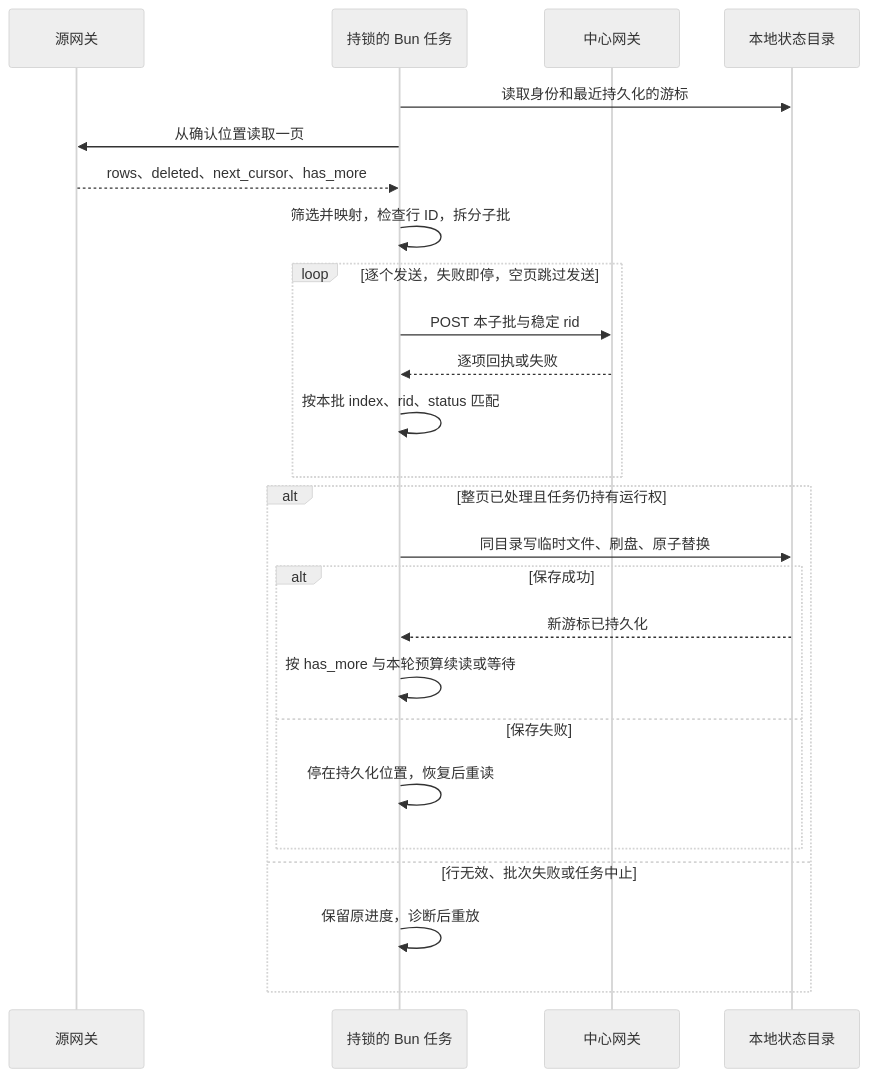
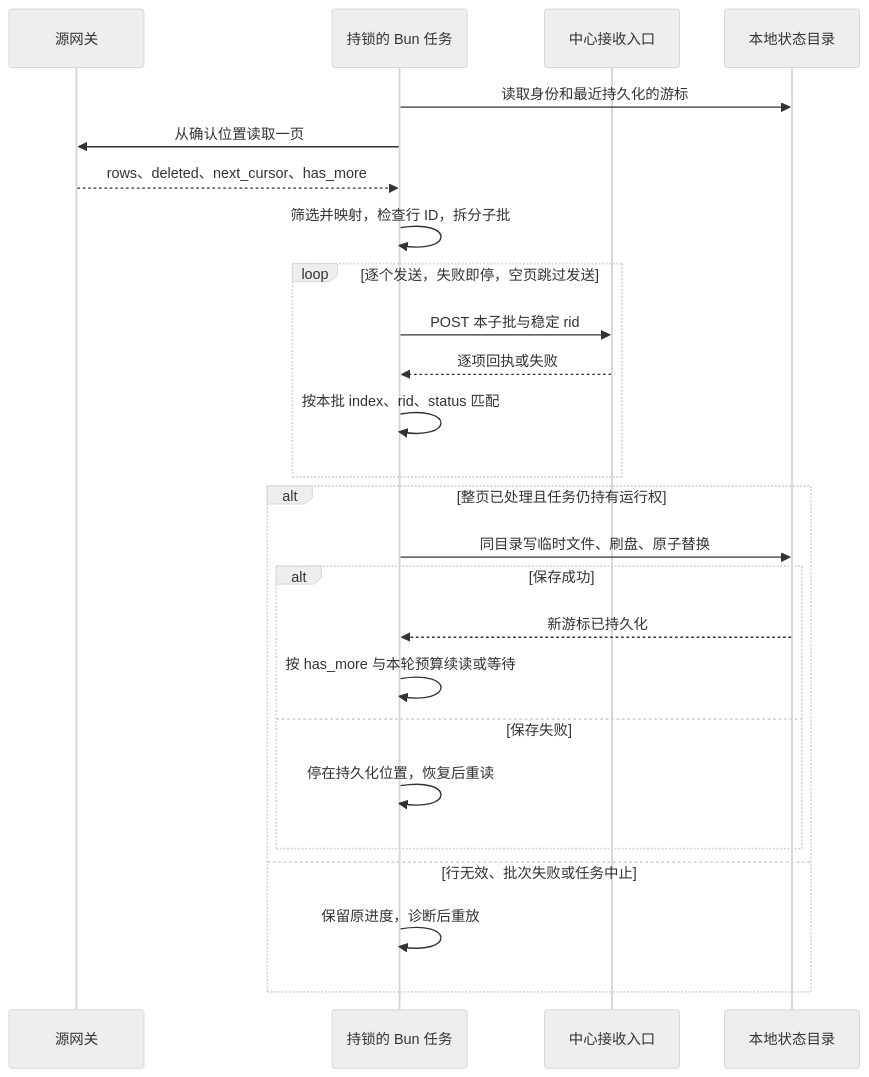
The diagram in docs/05-同步流程与故障恢复设计.md (xiao-xiao-cai/magpie-usage-hub), drawn with Mermaid (neutral theme) before and after one commit. The commit also changed other lines of this file and 60 other files, not shown here.

````diff
--- a/docs/05-同步流程与故障恢复设计.md
+++ b/docs/05-同步流程与故障恢复设计.md
@@ -5,27 +5,27 @@
 ```mermaid
 sequenceDiagram
     participant S as 源网关
     participant B as 持锁的 Bun 任务
-    participant C as 中心网关
+    participant C as 中心接收入口
     participant D as 本地状态目录
     B->>D: 读取身份和最近持久化的游标
     B->>S: 从确认位置读取一页
     S-->>B: rows、deleted、next_cursor、has_more
     B->>B: 筛选并映射，检查行 ID，拆分子批
     loop 逐个发送，失败即停，空页跳过发送
         B->>C: POST 本子批与稳定 rid
         C-->>B: 逐项回执或失败
         B->>B: 按本批 index、rid、status 匹配
     end
     alt 整页已处理且任务仍持有运行权
         B->>D: 同目录写临时文件、刷盘、原子替换
         alt 保存成功
             D-->>B: 新游标已持久化
             B->>B: 按 has_more 与本轮预算续读或等待
         else 保存失败
             B->>B: 停在持久化位置，恢复后重读
         end
     else 行无效、批次失败或任务中止
         B->>B: 保留原进度，诊断后重放
     end
 ```
````
